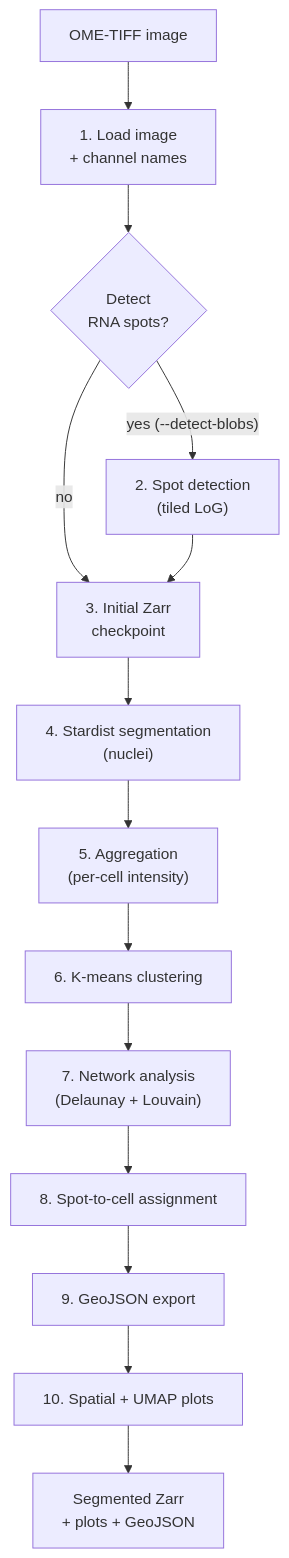
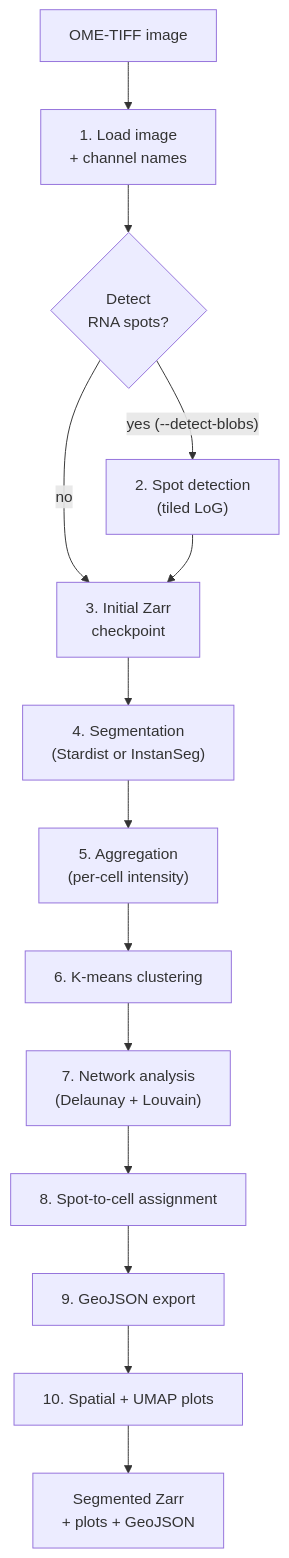
Before and after one commit to FrancisCrickInstitute/CellSurvey: the diagram in docs/pipeline.md, drawn with Mermaid. The commit also changed other lines of this file and 19 other files, not shown here.

Commit message:
Add InstanSeg support with separate pixi environments

````diff
--- a/docs/pipeline.md
+++ b/docs/pipeline.md
@@ -13,16 +13,16 @@
 ```mermaid
 flowchart TD
     A["OME-TIFF image"] --> B["1. Load image<br>+ channel names"]
     B --> C{"Detect<br>RNA spots?"}
     C -- "yes (--detect-blobs)" --> D["2. Spot detection<br>(tiled LoG)"]
     C -- "no" --> E["3. Initial Zarr<br>checkpoint"]
     D --> E
-    E --> F["4. Stardist segmentation<br>(nuclei)"]
+    E --> F["4. Segmentation<br>(Stardist or InstanSeg)"]
     F --> G["5. Aggregation<br>(per-cell intensity)"]
     G --> H["6. K-means clustering"]
     H --> I["7. Network analysis<br>(Delaunay + Louvain)"]
     I --> J["8. Spot-to-cell assignment"]
     J --> K["9. GeoJSON export"]
     K --> L["10. Spatial + UMAP plots"]
     L --> M["Segmented Zarr<br>+ plots + GeoJSON"]
 ```
````
